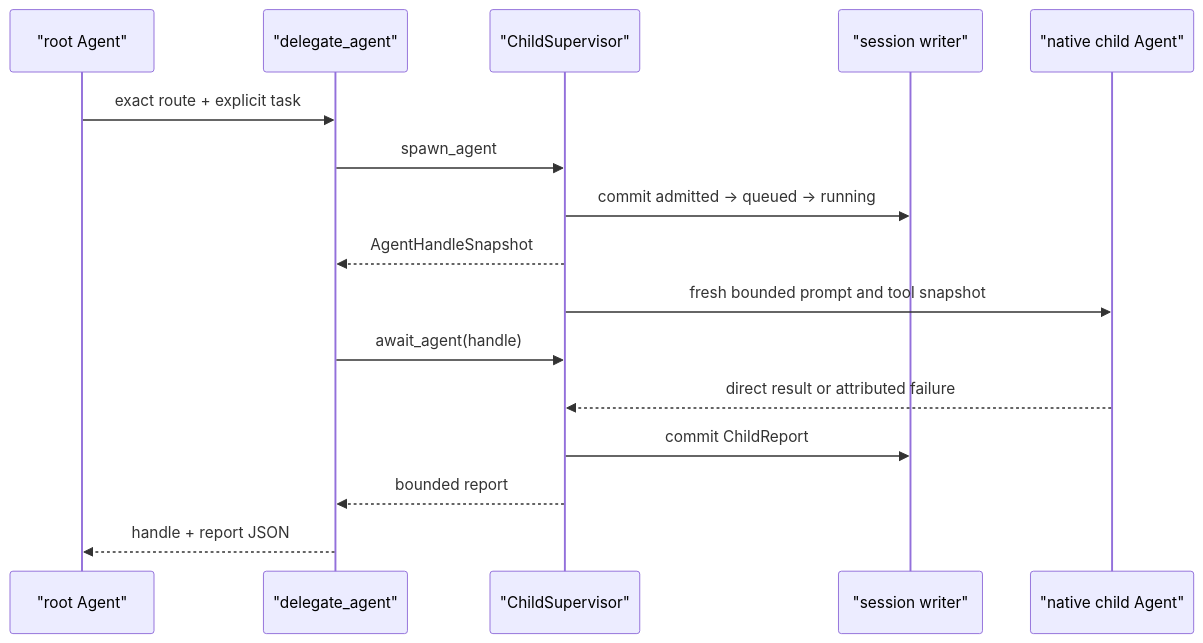
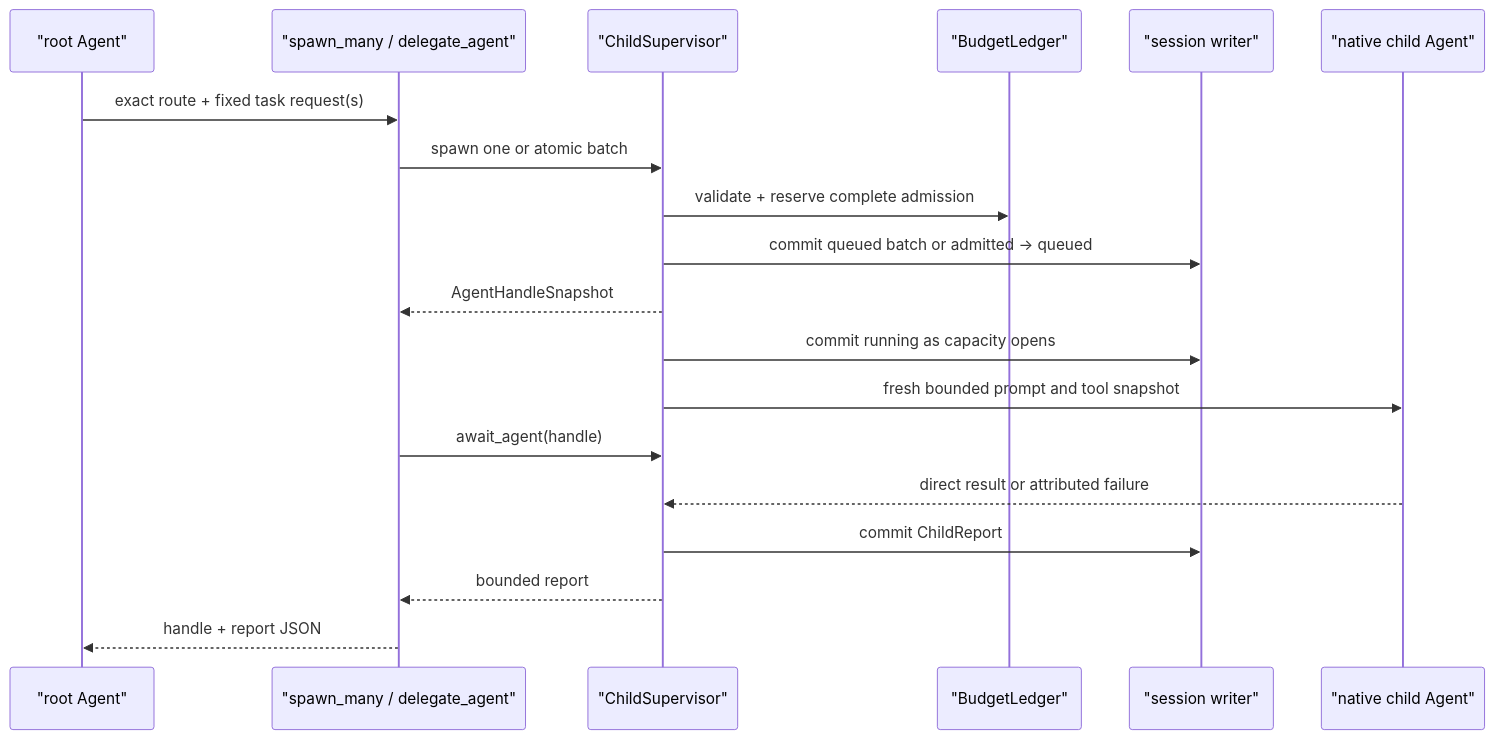
Before and after one commit to labcoder/xana: the second of 2 diagrams in docs/architecture/README.md, drawn with Mermaid. The commit also changed other lines of this file and 18 other files, not shown here.

````diff
--- a/docs/architecture/README.md
+++ b/docs/architecture/README.md
@@ -99,18 +109,21 @@
 ```mermaid
 sequenceDiagram
     participant Root as "root Agent"
-    participant Tool as "delegate_agent"
+    participant Tool as "spawn_many / delegate_agent"
     participant Supervisor as "ChildSupervisor"
+    participant Ledger as "BudgetLedger"
     participant Session as "session writer"
     participant Child as "native child Agent"
-    Root->>Tool: exact route + explicit task
-    Tool->>Supervisor: spawn_agent
-    Supervisor->>Session: commit admitted → queued → running
+    Root->>Tool: exact route + fixed task request(s)
+    Tool->>Supervisor: spawn one or atomic batch
+    Supervisor->>Ledger: validate + reserve complete admission
+    Supervisor->>Session: commit queued batch or admitted → queued
     Supervisor-->>Tool: AgentHandleSnapshot
+    Supervisor->>Session: commit running as capacity opens
     Supervisor->>Child: fresh bounded prompt and tool snapshot
     Tool->>Supervisor: await_agent(handle)
     Child-->>Supervisor: direct result or attributed failure
     Supervisor->>Session: commit ChildReport
     Supervisor-->>Tool: bounded report
     Tool-->>Root: handle + report JSON
 ```
````
